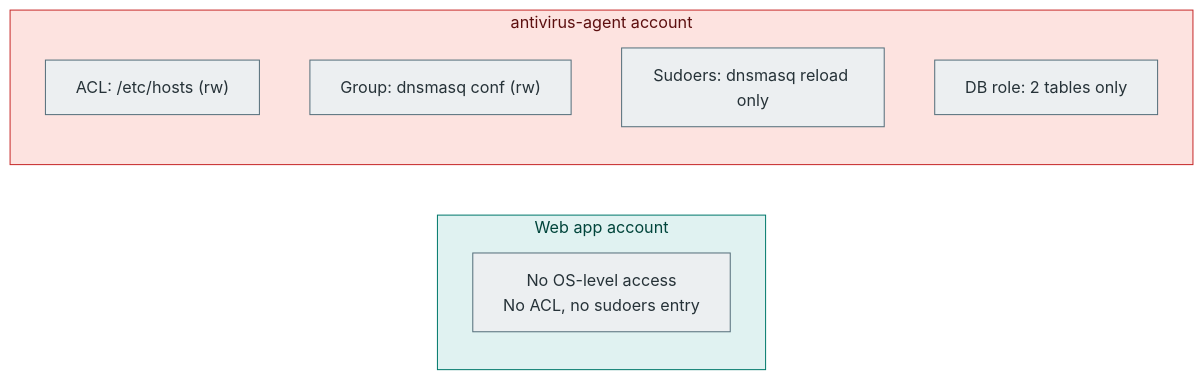
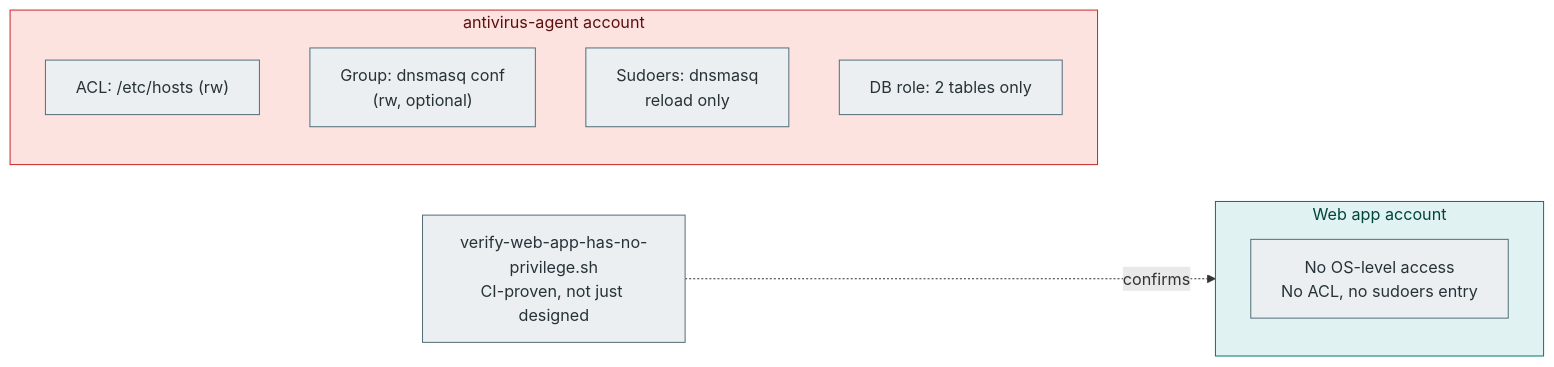
The third of 4 diagrams in docs/plans/h1-privilege-split-plan.md (Dhruv0306/Antivirus), drawn with Mermaid before and after one commit. The commit also changed other lines of this file, not shown here.

Commit message:
feat: update diagrams to reflect current implementation and add CI verification pipeline

````diff
--- a/docs/plans/h1-privilege-split-plan.md
+++ b/docs/plans/h1-privilege-split-plan.md
@@ -263,19 +289,20 @@
 ```mermaid
 flowchart LR
     subgraph WebApp["Web app account"]
         W1["No OS-level access<br/>No ACL, no sudoers entry"]
     end
     subgraph Agent["antivirus-agent account"]
         A1["ACL: /etc/hosts (rw)"]
-        A2["Group: dnsmasq conf (rw)"]
-        A3["Sudoers: dnsmasq reload only"]
+        A2["Group: dnsmasq conf<br/>(rw, optional)"]
+        A3["Sudoers: dnsmasq<br/>reload only"]
         A4["DB role: 2 tables only"]
     end
+    V["verify-web-app-has-no-privilege.sh<br/>CI-proven, not just designed"] -.->|confirms| WebApp
 
     classDef teal fill:#e0f2f1,stroke:#00796b,color:#00453b;
     classDef coral fill:#fde3e0,stroke:#c62828,color:#5c0f0f;
     classDef gray fill:#eceff1,stroke:#546e7a,color:#263238;
     class WebApp teal
     class Agent coral
-    class W1,A1,A2,A3,A4 gray
+    class W1,A1,A2,A3,A4,V gray
 ```
````
